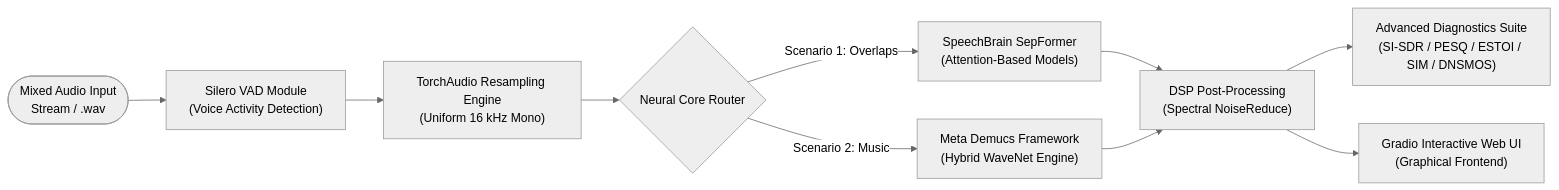
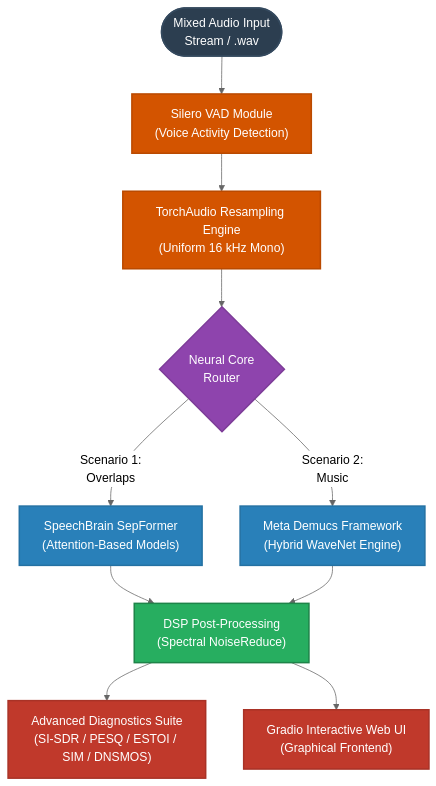
The diagram in README.md (gavmada26/overlapped-speech-separation), drawn with Mermaid (neutral theme) before and after one commit. The commit also changed other lines of this file, not shown here.

````diff
--- a/README.md
+++ b/README.md
@@ -26,19 +26,27 @@
 ```mermaid
-graph LR
+graph TD
+    %% Define Node Colors and Styles
+    classDef inputNode fill:#2c3e50,stroke:#34495e,stroke-width:2px,color:#fff;
+    classDef preprocNode fill:#d35400,stroke:#ba4a00,stroke-width:2px,color:#fff;
+    classDef routerNode fill:#8e44ad,stroke:#7d3c98,stroke-width:2px,color:#fff;
+    classDef modelNode fill:#2980b9,stroke:#2471a3,stroke-width:2px,color:#fff;
+    classDef dspNode fill:#27ae60,stroke:#1e8449,stroke-width:2px,color:#fff;
+    classDef outputNode fill:#c0392b,stroke:#a93226,stroke-width:2px,color:#fff;
+
     %% Audio Input Layer
-    Input(["Mixed Audio Input<br/>Stream / .wav"]) --> VADNode["Silero VAD Module<br/>(Voice Activity Detection)"]
-    VADNode --> ResampleNode["TorchAudio Resampling Engine<br/>(Uniform 16 kHz Mono)"]
-    ResampleNode --> CoreSelector{"Neural Core Router"}
+    Input(["Mixed Audio Input<br/>Stream / .wav"]):::inputNode --> VADNode["Silero VAD Module<br/>(Voice Activity Detection)"]:::preprocNode
+    VADNode --> ResampleNode["TorchAudio Resampling Engine<br/>(Uniform 16 kHz Mono)"]:::preprocNode
+    ResampleNode --> CoreSelector{"Neural Core<br/>Router"}:::routerNode
     
     %% Deep Learning Core Chains
-    CoreSelector -- "Scenario 1: Overlaps" --> SepFormer["SpeechBrain SepFormer<br/>(Attention-Based Models)"]
-    CoreSelector -- "Scenario 2: Music" --> Demucs["Meta Demucs Framework<br/>(Hybrid WaveNet Engine)"]
+    CoreSelector -- "Scenario 1:<br/>Overlaps" --> SepFormer["SpeechBrain SepFormer<br/>(Attention-Based Models)"]:::modelNode
+    CoreSelector -- "Scenario 2:<br/>Music" --> Demucs["Meta Demucs Framework<br/>(Hybrid WaveNet Engine)"]:::modelNode
     
     %% Post-Processing Layer
-    SepFormer --> DSPEnhance["DSP Post-Processing<br/>(Spectral NoiseReduce)"]
+    SepFormer --> DSPEnhance["DSP Post-Processing<br/>(Spectral NoiseReduce)"]:::dspNode
     Demucs --> DSPEnhance
     
     %% Targets / Analytics
-    DSPEnhance --> Metrics["Advanced Diagnostics Suite<br/>(SI-SDR / PESQ / ESTOI / SIM / DNSMOS)"]
-    DSPEnhance --> Interface["Gradio Interactive Web UI<br/>(Graphical Frontend)"]
+    DSPEnhance --> Metrics["Advanced Diagnostics Suite<br/>(SI-SDR / PESQ / ESTOI / SIM / DNSMOS)"]:::outputNode
+    DSPEnhance --> Interface["Gradio Interactive Web UI<br/>(Graphical Frontend)"]:::outputNode
 ```
````
